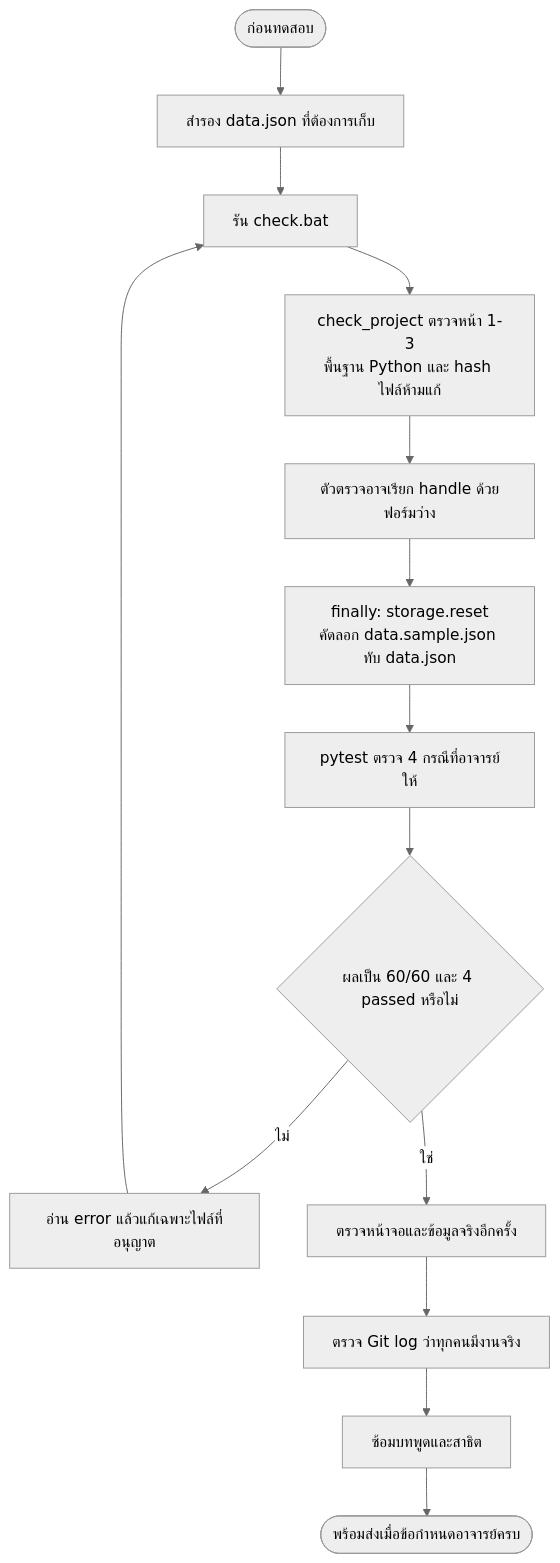
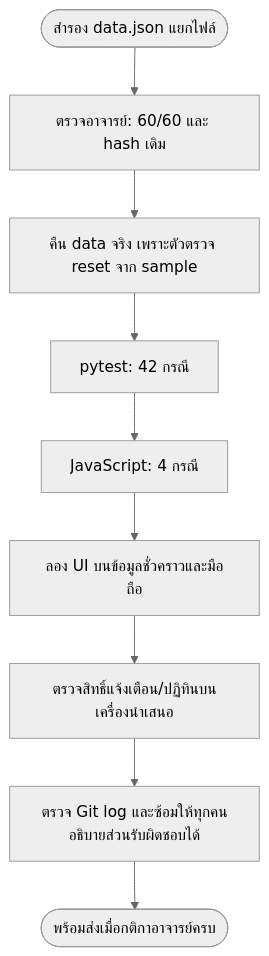
Before and after one commit to aiy157/ManagerTime: the tenth of 10 diagrams in docs/presentation/FLOWCHARTS.md, drawn with Mermaid (neutral theme). The commit also changed other lines of this file and 68 other files, not shown here.

````diff
--- a/docs/presentation/FLOWCHARTS.md
+++ b/docs/presentation/FLOWCHARTS.md
@@ -292,16 +212,11 @@
 ```mermaid
 flowchart TD
-    A(["ก่อนทดสอบ"]) --> B["สำรอง data.json ที่ต้องการเก็บ"]
-    B --> C["รัน check.bat"]
-    C --> D["check_project ตรวจหน้า 1-3<br/>พื้นฐาน Python และ hash ไฟล์ห้ามแก้"]
-    D --> E["ตัวตรวจอาจเรียก handle ด้วยฟอร์มว่าง"]
-    E --> F["finally: storage.reset<br/>คัดลอก data.sample.json ทับ data.json"]
-    F --> G["pytest ตรวจ 4 กรณีที่อาจารย์ให้"]
-    G --> H{"ผลเป็น 60/60 และ 4 passed หรือไม่"}
-    H -->|ไม่| I["อ่าน error แล้วแก้เฉพาะไฟล์ที่อนุญาต"]
-    I --> C
-    H -->|ใช่| J["ตรวจหน้าจอและข้อมูลจริงอีกครั้ง"]
-    J --> K["ตรวจ Git log ว่าทุกคนมีงานจริง"]
-    K --> L["ซ้อมบทพูดและสาธิต"]
-    L --> M(["พร้อมส่งเมื่อข้อกำหนดอาจารย์ครบ"])
+    A(["สำรอง data.json แยกไฟล์"]) --> B["ตรวจอาจารย์: 60/60 และ hash เดิม"]
+    B --> C["คืน data จริง เพราะตัวตรวจ reset จาก sample"]
+    C --> D["pytest: 42 กรณี"]
+    D --> E["JavaScript: 4 กรณี"]
+    E --> F["ลอง UI บนข้อมูลชั่วคราวและมือถือ"]
+    F --> G["ตรวจสิทธิ์แจ้งเตือน/ปฏิทินบนเครื่องนำเสนอ"]
+    G --> H["ตรวจ Git log และซ้อมให้ทุกคนอธิบายส่วนรับผิดชอบได้"]
+    H --> I(["พร้อมส่งเมื่อกติกาอาจารย์ครบ"])
 ```
````
